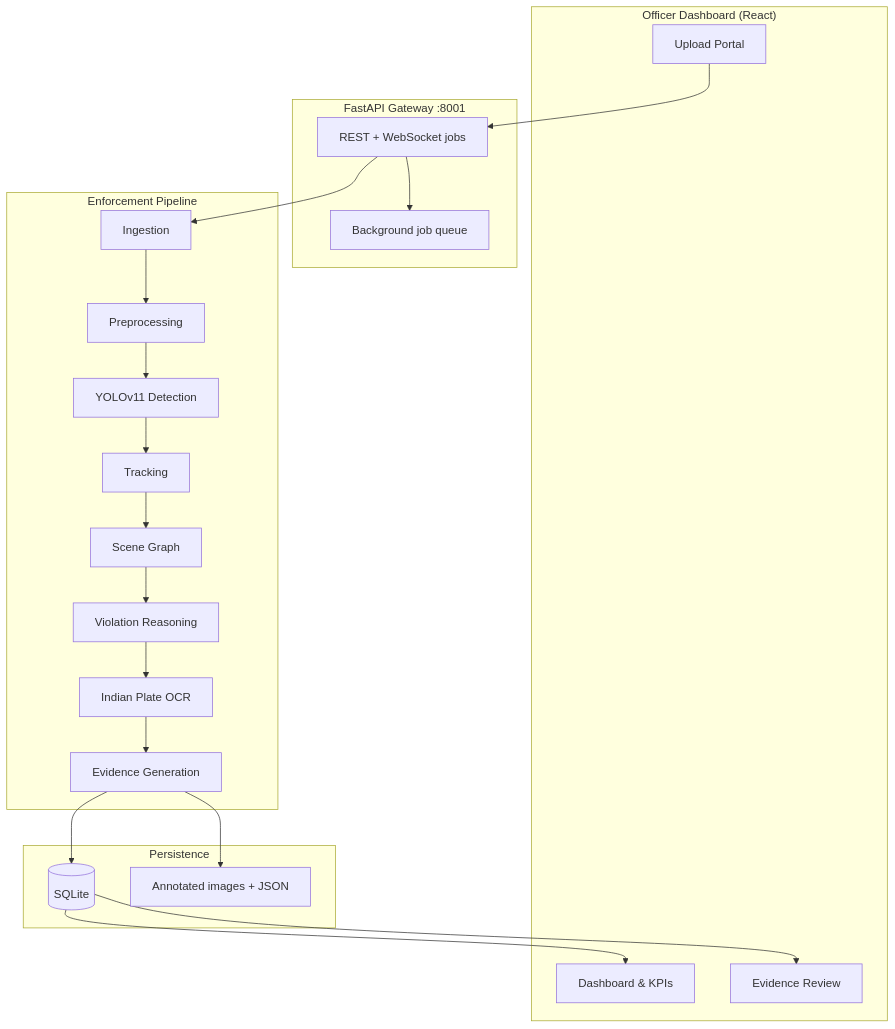
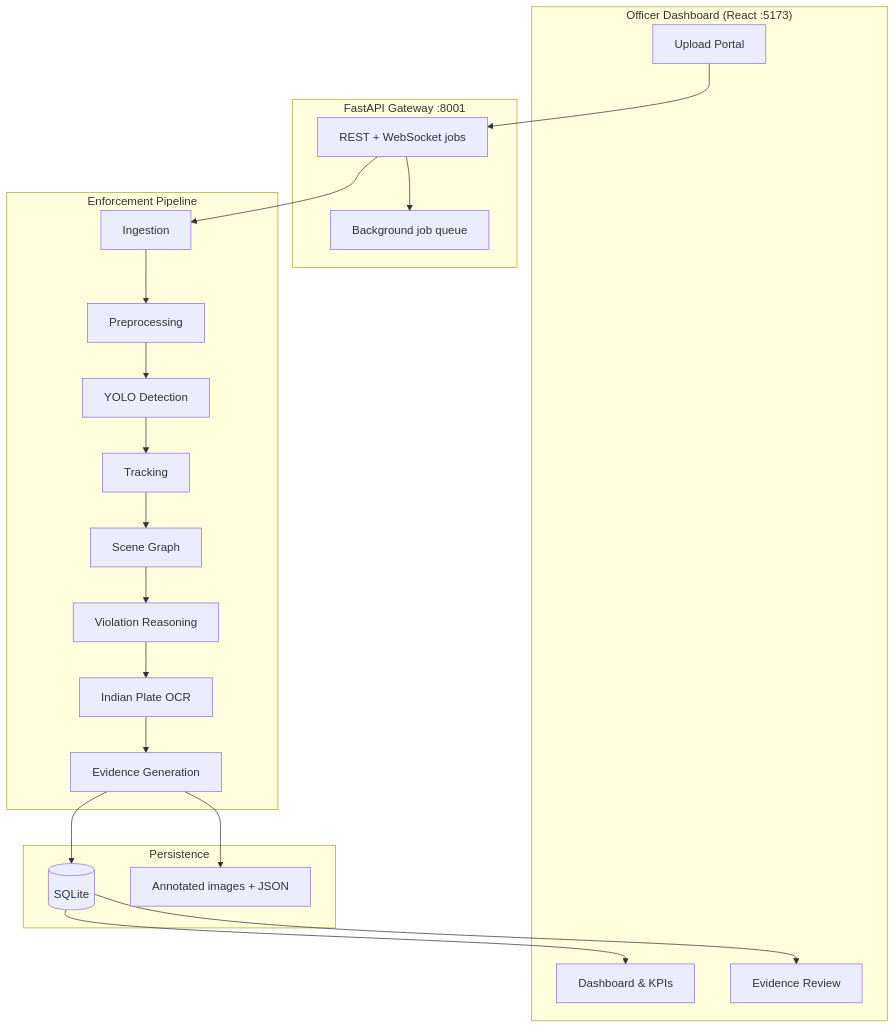
One commit to rkpothamsetti/prototype_2 changed the diagram in README.md. Above: the diagram before and after it, drawn with Mermaid. The commit also changed other lines of this file and 2 other files, not shown here.

````diff
--- a/README.md
+++ b/README.md
@@ -77,37 +417,37 @@
 ```mermaid
 flowchart TB
-    subgraph UI["Officer Dashboard (React)"]
+    subgraph UI["Officer Dashboard (React :5173)"]
         DASH[Dashboard & KPIs]
         UP[Upload Portal]
         EV[Evidence Review]
     end
 
     subgraph API["FastAPI Gateway :8001"]
         REST[REST + WebSocket jobs]
         QUEUE[Background job queue]
     end
 
     subgraph Pipeline["Enforcement Pipeline"]
         ING[Ingestion]
         PRE[Preprocessing]
-        DET[YOLOv11 Detection]
+        DET[YOLO Detection]
         TRK[Tracking]
         ASC[Scene Graph]
         VIO[Violation Reasoning]
         OCR[Indian Plate OCR]
         EVI[Evidence Generation]
     end
 
     subgraph Store["Persistence"]
         DB[(SQLite)]
         FILES[Annotated images + JSON]
     end
 
     UP --> REST --> ING
     ING --> PRE --> DET --> TRK --> ASC --> VIO --> OCR --> EVI
     EVI --> DB
     EVI --> FILES
     DB --> DASH
     DB --> EV
     REST --> QUEUE
 ```
````
